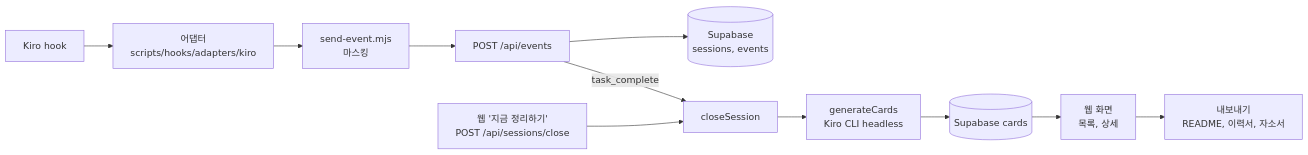
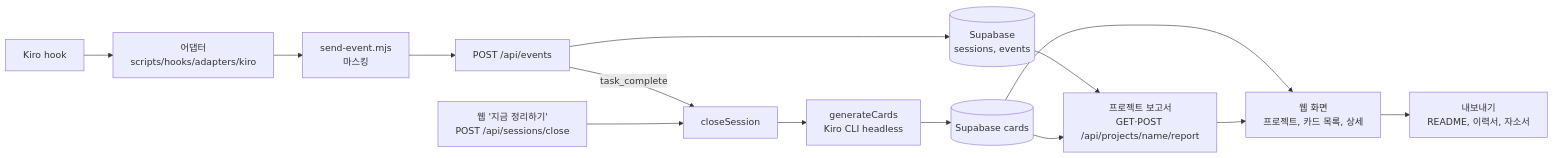
One commit to soyoun040-ds/kirothon-team-002 changed the diagram in README.md. Above: the diagram before and after it, drawn with Mermaid. The commit also changed other lines of this file, not shown here.

````diff
--- a/README.md
+++ b/README.md
@@ -24,13 +35,16 @@
 ```mermaid
 flowchart LR
     A[Kiro hook] --> B[어댑터<br/>scripts/hooks/adapters/kiro]
     B --> C[send-event.mjs<br/>마스킹]
     C --> D[POST /api/events]
     D --> E[(Supabase<br/>sessions, events)]
     D -->|task_complete| F[closeSession]
     W[웹 '지금 정리하기'<br/>POST /api/sessions/close] --> F
     F --> G[generateCards<br/>Kiro CLI headless]
     G --> H[(Supabase cards)]
-    H --> I[웹 화면<br/>목록, 상세]
+    H --> I[웹 화면<br/>프로젝트, 카드 목록, 상세]
     I --> J[내보내기<br/>README, 이력서, 자소서]
+    E --> K[프로젝트 보고서<br/>GET·POST /api/projects/name/report]
+    H --> K
+    K --> I
 ```
````
